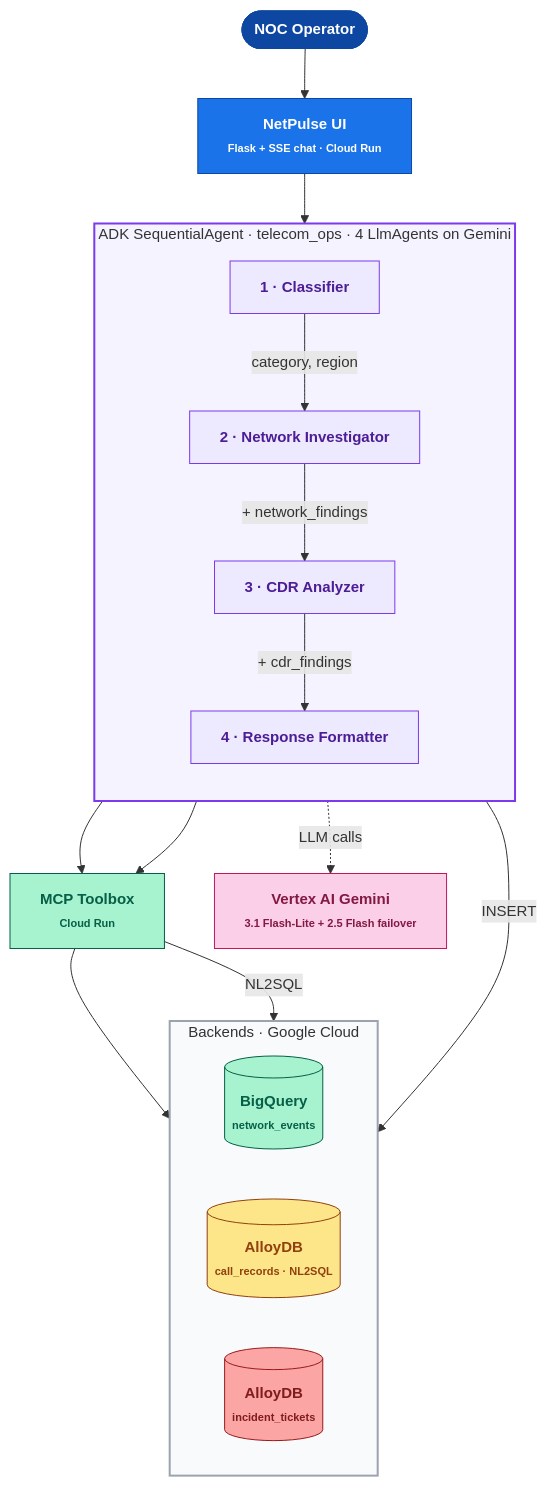
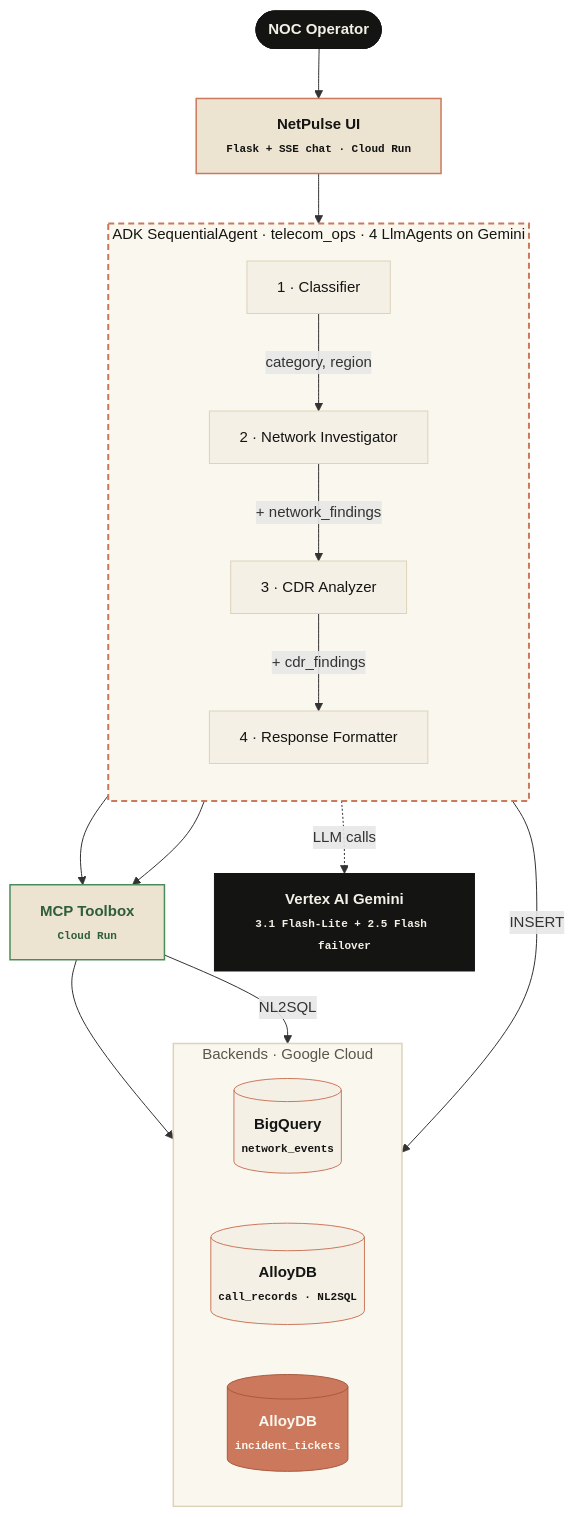
Before and after one commit to adityonugrohoid/hackathon-telecom-ops: the diagram in docs/architecture.mmd, drawn with Mermaid. The commit also changed 14 other files, not shown here.

```diff
--- a/docs/architecture.mmd
+++ b/docs/architecture.mmd
@@ -1,52 +1,53 @@
-%%{init: {"flowchart": {"htmlLabels": true, "curve": "basis"}, "themeVariables": {"fontSize": "15px", "fontFamily": "-apple-system, Segoe UI, sans-serif"}}}%%
+%%{init: {"flowchart": {"htmlLabels": true, "curve": "basis"}, "themeVariables": {"fontSize": "15px", "fontFamily": "Inter, -apple-system, Segoe UI, sans-serif"}}}%%
 flowchart TB
     User([NOC Operator])
-    UI["NetPulse UI<br/><span style='font-size:11px;font-weight:400'>Flask + SSE chat &middot; Cloud Run</span>"]
+    UI["NetPulse UI<br/><span style='font-size:11px;font-weight:400;font-family:JetBrains Mono,monospace'>Flask + SSE chat &middot; Cloud Run</span>"]
 
     subgraph ORCH["ADK SequentialAgent &middot; telecom_ops &middot; 4 LlmAgents on Gemini"]
         direction TB
         A1["1 &middot; Classifier"]
         A2["2 &middot; Network Investigator"]
         A3["3 &middot; CDR Analyzer"]
         A4["4 &middot; Response Formatter"]
         A1 -- "category, region" --> A2
         A2 -- "+ network_findings" --> A3
         A3 -- "+ cdr_findings" --> A4
     end
 
-    MCP["MCP Toolbox<br/><span style='font-size:11px;font-weight:400'>Cloud Run</span>"]
+    MCP["MCP Toolbox<br/><span style='font-size:11px;font-weight:400;font-family:JetBrains Mono,monospace'>Cloud Run</span>"]
 
     subgraph DATA["Backends &middot; Google Cloud"]
         direction LR
-        BQ[("BigQuery<br/><span style='font-size:11px;font-weight:400'>network_events</span>")]
-        ADB1[("AlloyDB<br/><span style='font-size:11px;font-weight:400'>call_records &middot; NL2SQL</span>")]
-        ADB2[("AlloyDB<br/><span style='font-size:11px;font-weight:400'>incident_tickets</span>")]
+        BQ[("BigQuery<br/><span style='font-size:11px;font-weight:400;font-family:JetBrains Mono,monospace'>network_events</span>")]
+        ADB1[("AlloyDB<br/><span style='font-size:11px;font-weight:400;font-family:JetBrains Mono,monospace'>call_records &middot; NL2SQL</span>")]
+        ADB2[("AlloyDB<br/><span style='font-size:11px;font-weight:400;font-family:JetBrains Mono,monospace'>incident_tickets</span>")]
     end
 
-    Vertex["Vertex AI Gemini<br/><span style='font-size:11px;font-weight:400'>3.1 Flash-Lite + 2.5 Flash failover</span>"]
+    Vertex["Vertex AI Gemini<br/><span style='font-size:11px;font-weight:400;font-family:JetBrains Mono,monospace'>3.1 Flash-Lite + 2.5 Flash failover</span>"]
 
     User --> UI --> A1
     A2 --> MCP --> BQ
     A3 --> MCP
     MCP -- "NL2SQL" --> ADB1
     A4 -- "INSERT" --> ADB2
     ORCH -. "LLM calls" .-> Vertex
 
-    classDef user fill:#0d47a1,stroke:#0d47a1,color:#ffffff,font-weight:600
-    classDef fe fill:#1a73e8,stroke:#0d47a1,color:#ffffff,font-weight:600
-    classDef adk fill:#ede9fe,stroke:#7c3aed,color:#4c1d95,font-weight:600
-    classDef mcp fill:#a7f3d0,stroke:#065f46,color:#065f46,font-weight:600
-    classDef alloydb fill:#fde68a,stroke:#92400e,color:#92400e,font-weight:600
-    classDef alloydbWrite fill:#fca5a5,stroke:#991b1b,color:#7f1d1d,font-weight:600
-    classDef vertex fill:#fbcfe8,stroke:#be185d,color:#831843,font-weight:600
+    %% NetPulse palette: cream paper, deep ink, clay coral accent, pandan green
+    classDef user        fill:#141413,stroke:#141413,color:#F4F0E6,font-weight:600
+    classDef fe          fill:#ECE4D1,stroke:#CC785C,color:#141413,font-weight:600,stroke-width:1.5px
+    classDef adk         fill:#F4F0E6,stroke:#DDD3BB,color:#141413,font-weight:500
+    classDef mcp         fill:#ECE4D1,stroke:#4a8c5e,color:#2f5d3d,font-weight:600,stroke-width:1.5px
+    classDef alloydb     fill:#F4F0E6,stroke:#CC785C,color:#141413,font-weight:600
+    classDef alloydbWrite fill:#CC785C,stroke:#A85B40,color:#FAF7EE,font-weight:600
+    classDef vertex      fill:#141413,stroke:#141413,color:#F4F0E6,font-weight:600
 
     class User user
     class UI fe
     class A1,A2,A3,A4 adk
-    class MCP,BQ mcp
-    class ADB1 alloydb
+    class MCP mcp
+    class BQ,ADB1 alloydb
     class ADB2 alloydbWrite
     class Vertex vertex
 
-    style ORCH fill:#f5f3ff,stroke:#7c3aed,stroke-width:2px
-    style DATA fill:#f9fafb,stroke:#9ca3af,stroke-width:2px
+    style ORCH fill:#FAF7EE,stroke:#CC785C,stroke-width:2px,stroke-dasharray:6 4,color:#141413
+    style DATA fill:#FAF7EE,stroke:#DDD3BB,stroke-width:1.5px,color:#5A554D
```
